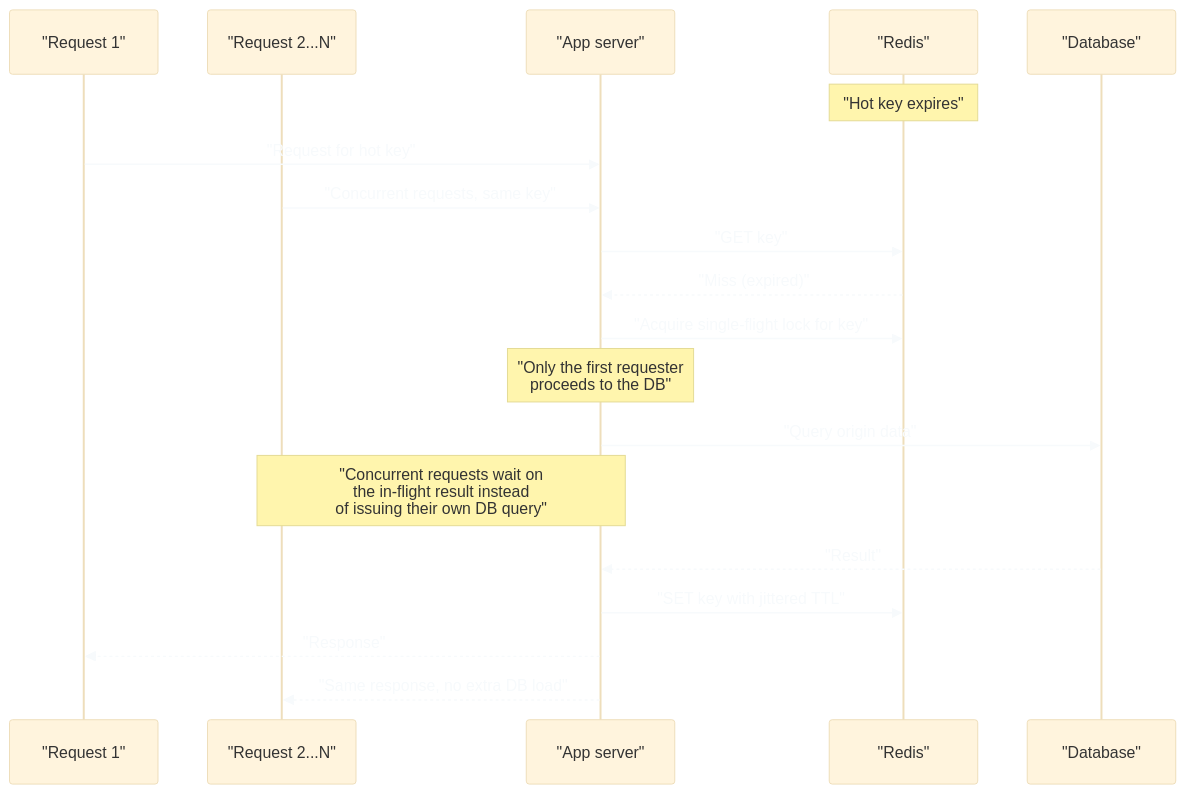
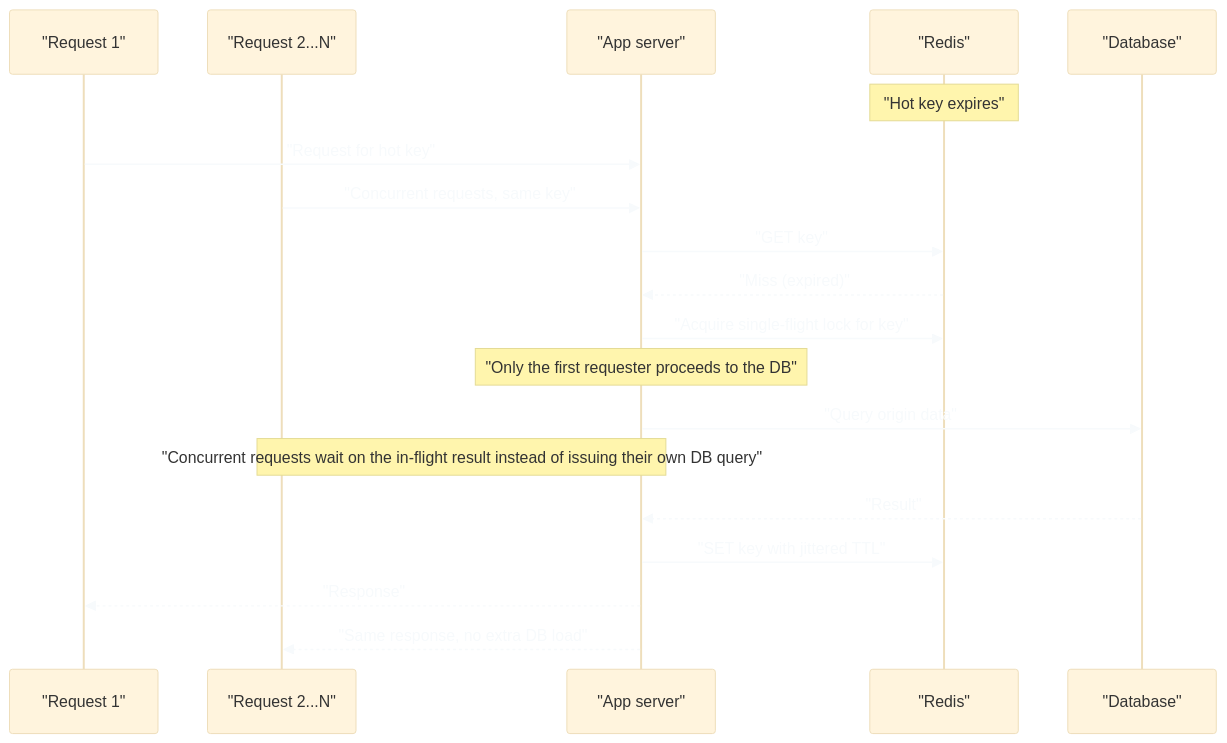
Before and after one commit to vinayakhumberi/litmus: the second of 2 diagrams in data/topics/design-caching-layer.md, drawn with Mermaid. The commit also changed other lines of this file and 68 other files, not shown here.

````diff
--- a/data/topics/design-caching-layer.md
+++ b/data/topics/design-caching-layer.md
@@ -135,23 +135,23 @@
 ```mermaid
 %%{init: {"theme": "base", "themeVariables": {"lineColor": "#a0aec0", "edgeLabelBackground": "#2d3748", "textColor": "#f7fafc"}}}%%
 sequenceDiagram
     participant U1 as "Request 1"
     participant U2 as "Request 2...N"
     participant App as "App server"
     participant Cache as "Redis"
     participant DB as "Database"
 
     Note over Cache: "Hot key expires"
     U1->>App: "Request for hot key"
     U2->>App: "Concurrent requests, same key"
     App->>Cache: "GET key"
     Cache-->>App: "Miss (expired)"
     App->>Cache: "Acquire single-flight lock for key"
-    Note over App: "Only the first requester<br>proceeds to the DB"
+    Note over App: "Only the first requester proceeds to the DB"
     App->>DB: "Query origin data"
-    Note over U2,App: "Concurrent requests wait on<br>the in-flight result instead<br>of issuing their own DB query"
+    Note over U2,App: "Concurrent requests wait on the in-flight result instead of issuing their own DB query"
     DB-->>App: "Result"
     App->>Cache: "SET key with jittered TTL"
     App-->>U1: "Response"
     App-->>U2: "Same response, no extra DB load"
 ```
````
